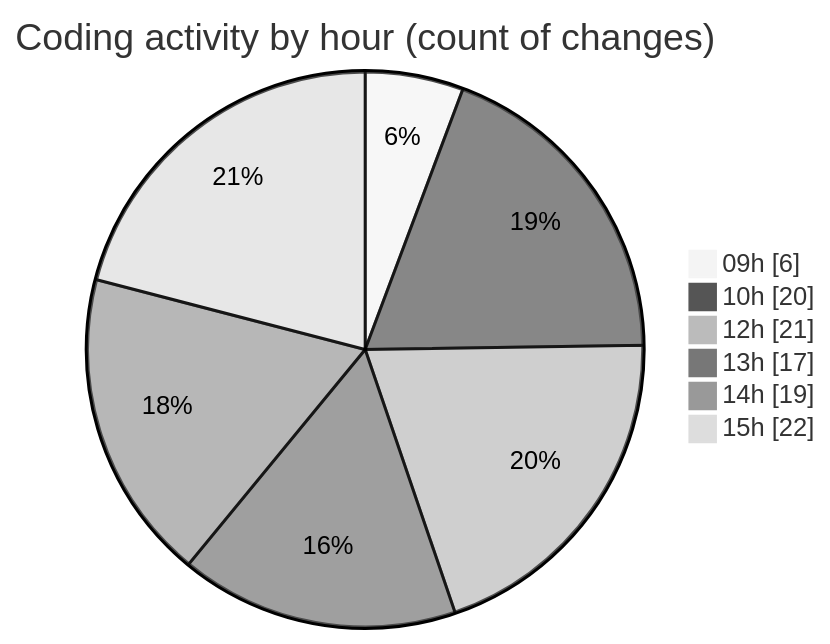
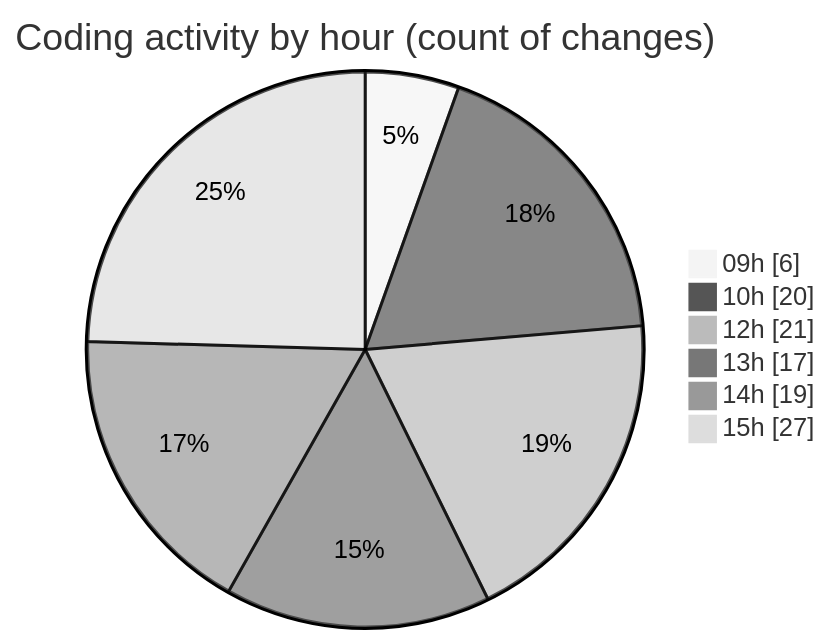
Before and after one commit to becaeroporto-bot/code-tracking: the second of 2 diagrams in 2026-02-18/bot_v1_2/README.md, drawn with Mermaid (neutral theme). The commit also changed other lines of this file and 1 other file, not shown here.

````diff
--- a/2026-02-18/bot_v1_2/README.md
+++ b/2026-02-18/bot_v1_2/README.md
@@ -56,10 +56,10 @@
 ```mermaid
 pie showData
 title Coding activity by hour (count of changes)
 "09h" : 6
 "10h" : 20
 "12h" : 21
 "13h" : 17
 "14h" : 19
-"15h" : 22
+"15h" : 27
 ```
````
